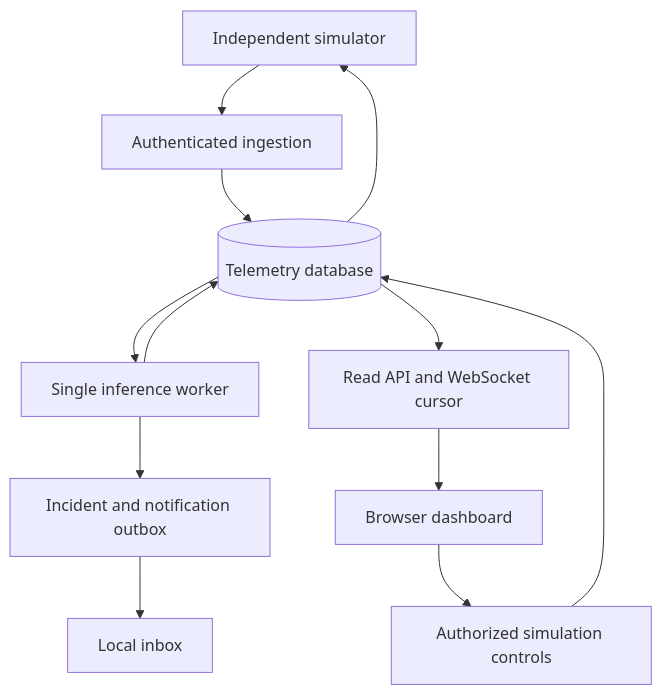
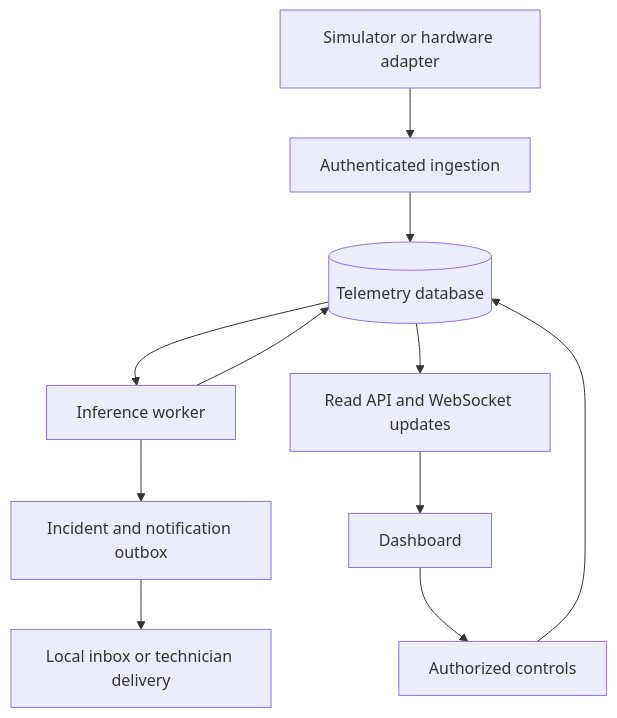
The diagram in docs/ARCHITECTURE.md (Szin7/AI-powered-Solar-Fault-detection-system), drawn with Mermaid before and after one commit. The commit also changed other lines of this file and 10 other files, not shown here.

````diff
--- a/docs/ARCHITECTURE.md
+++ b/docs/ARCHITECTURE.md
@@ -3,14 +5,13 @@
 ```mermaid
 flowchart TD
-    S[Independent simulator] --> A[Authenticated ingestion]
+    S[Simulator or hardware adapter] --> A[Authenticated ingestion]
     A --> D[(Telemetry database)]
-    D --> W[Single inference worker]
+    D --> W[Inference worker]
     W --> D
     W --> O[Incident and notification outbox]
-    O --> I[Local inbox]
-    D --> Q[Read API and WebSocket cursor]
-    Q --> U[Browser dashboard]
-    U --> C[Authorized simulation controls]
+    O --> N[Local inbox or technician delivery]
+    D --> Q[Read API and WebSocket updates]
+    Q --> U[Dashboard]
+    U --> C[Authorized controls]
     C --> D
-    D --> S
 ```
````
